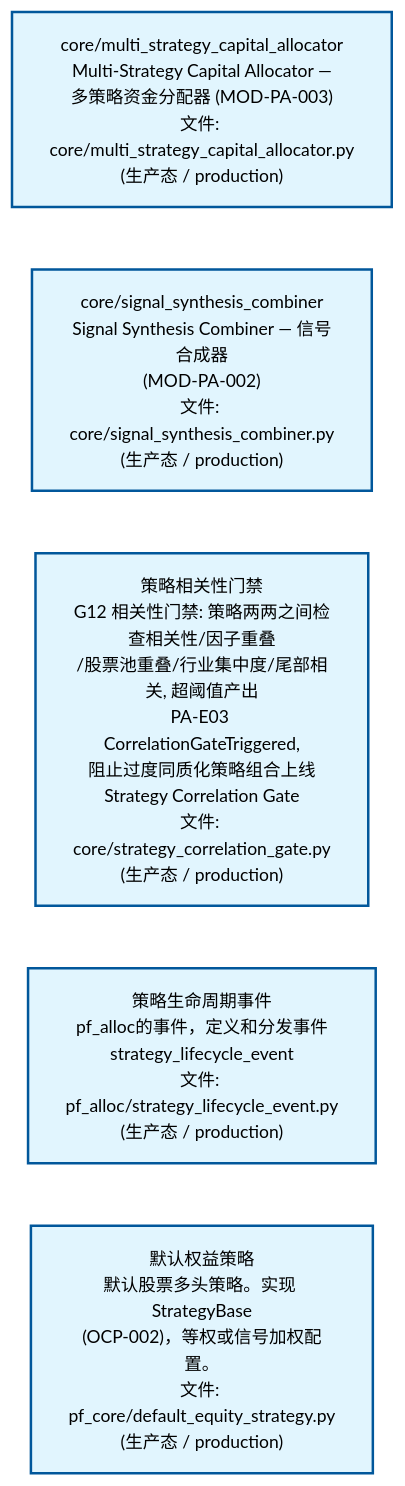
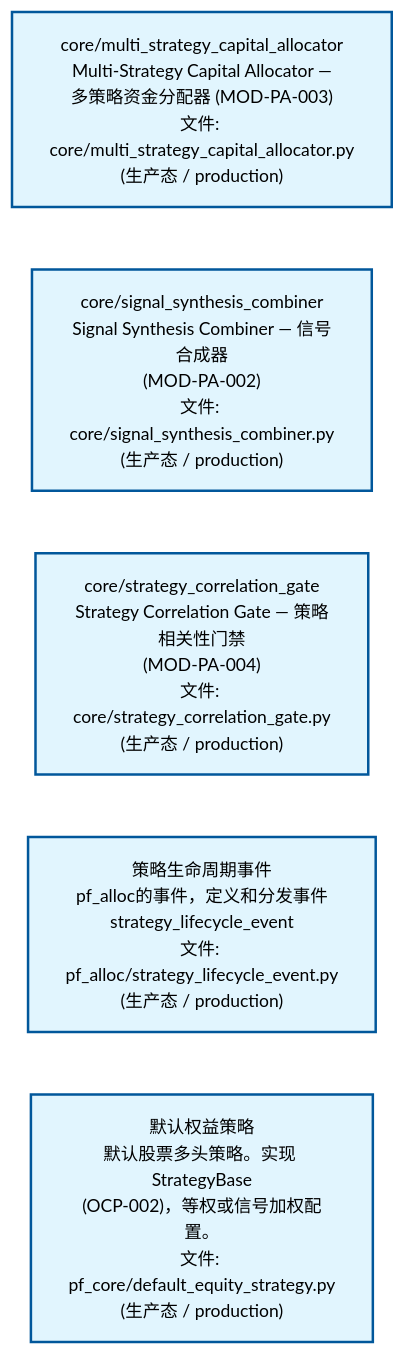
One commit to xuanFelixVan/ZephyrAlpha changed the second of 4 diagrams in docs/02_enterprise_architecture/02_domain_architecture_docs/62_d_pf_alloc.md. Above: the diagram before and after it, drawn with Mermaid. The commit also changed other lines of this file and 12 other files, not shown here.

````diff
--- a/docs/02_enterprise_architecture/02_domain_architecture_docs/62_d_pf_alloc.md
+++ b/docs/02_enterprise_architecture/02_domain_architecture_docs/62_d_pf_alloc.md
@@ -94,18 +94,18 @@
 ```mermaid
 %%{init: {'theme': 'base', 'themeVariables': {'primaryColor': '#eaeaea', 'primaryTextColor': '#333333', 'primaryBorderColor': '#666666', 'lineColor': '#666666', 'secondaryColor': '#eaeaea', 'tertiaryColor': '#eaeaea', 'fontSize': '14px'}}}%%
 flowchart TD
     src_zephyr_pf_alloc_core_multi_strategy_capital_allocator_py["core/multi_strategy_capital_allocator<br/>Multi-Strategy Capital Allocator —<br/>多策略资金分配器 (MOD-PA-003)<br/>文件: core/multi_strategy_capital_allocator.py<br/>(生产态 / production)"]
     src_zephyr_pf_alloc_core_signal_synthesis_combiner_py["core/signal_synthesis_combiner<br/>Signal Synthesis Combiner — 信号合成器<br/>(MOD-PA-002)<br/>文件: core/signal_synthesis_combiner.py<br/>(生产态 / production)"]
-    src_zephyr_pf_alloc_core_strategy_correlation_gate_py["策略相关性门禁<br/>G12 相关性门禁: 策略两两之间检查相关性/因子重叠<br/>/股票池重叠/行业集中度/尾部相关, 超阈值产出<br/>PA-E03 CorrelationGateTriggered,<br/>阻止过度同质化策略组合上线<br/>Strategy Correlation Gate<br/>文件: core/strategy_correlation_gate.py<br/>(生产态 / production)"]
+    src_zephyr_pf_alloc_core_strategy_correlation_gate_py["core/strategy_correlation_gate<br/>Strategy Correlation Gate — 策略相关性门禁<br/>(MOD-PA-004)<br/>文件: core/strategy_correlation_gate.py<br/>(生产态 / production)"]
     src_zephyr_pf_alloc_strategy_lifecycle_event_py["策略生命周期事件<br/>pf_alloc的事件，定义和分发事件<br/>strategy_lifecycle_event<br/>文件: pf_alloc/strategy_lifecycle_event.py<br/>(生产态 / production)"]
     src_zephyr_pf_core_default_equity_strategy_py["默认权益策略<br/>默认股票多头策略。实现 StrategyBase<br/>(OCP-002)，等权或信号加权配置。<br/>文件: pf_core/default_equity_strategy.py<br/>(生产态 / production)"]
     src_zephyr_pf_alloc_core_multi_strategy_capital_allocator_py ~~~ src_zephyr_pf_alloc_core_signal_synthesis_combiner_py
     src_zephyr_pf_alloc_core_signal_synthesis_combiner_py ~~~ src_zephyr_pf_alloc_core_strategy_correlation_gate_py
     src_zephyr_pf_alloc_core_strategy_correlation_gate_py ~~~ src_zephyr_pf_alloc_strategy_lifecycle_event_py
     src_zephyr_pf_alloc_strategy_lifecycle_event_py ~~~ src_zephyr_pf_core_default_equity_strategy_py
     classDef production fill:#e1f5fe,stroke:#01579b,stroke-width:2px,color:#000
     classDef design fill:#fff3e0,stroke:#e65100,stroke-width:2px,color:#000,stroke-dasharray: 5 5
     classDef external_prod fill:#e8f4fd,stroke:#0277bd,stroke-width:1px,color:#000
     classDef external_design fill:#fff8e7,stroke:#ef6c00,stroke-width:1px,color:#000,stroke-dasharray: 5 5
     class src_zephyr_pf_alloc_core_multi_strategy_capital_allocator_py,src_zephyr_pf_alloc_core_signal_synthesis_combiner_py,src_zephyr_pf_alloc_core_strategy_correlation_gate_py,src_zephyr_pf_alloc_strategy_lifecycle_event_py,src_zephyr_pf_core_default_equity_strategy_py production
 ```
````
